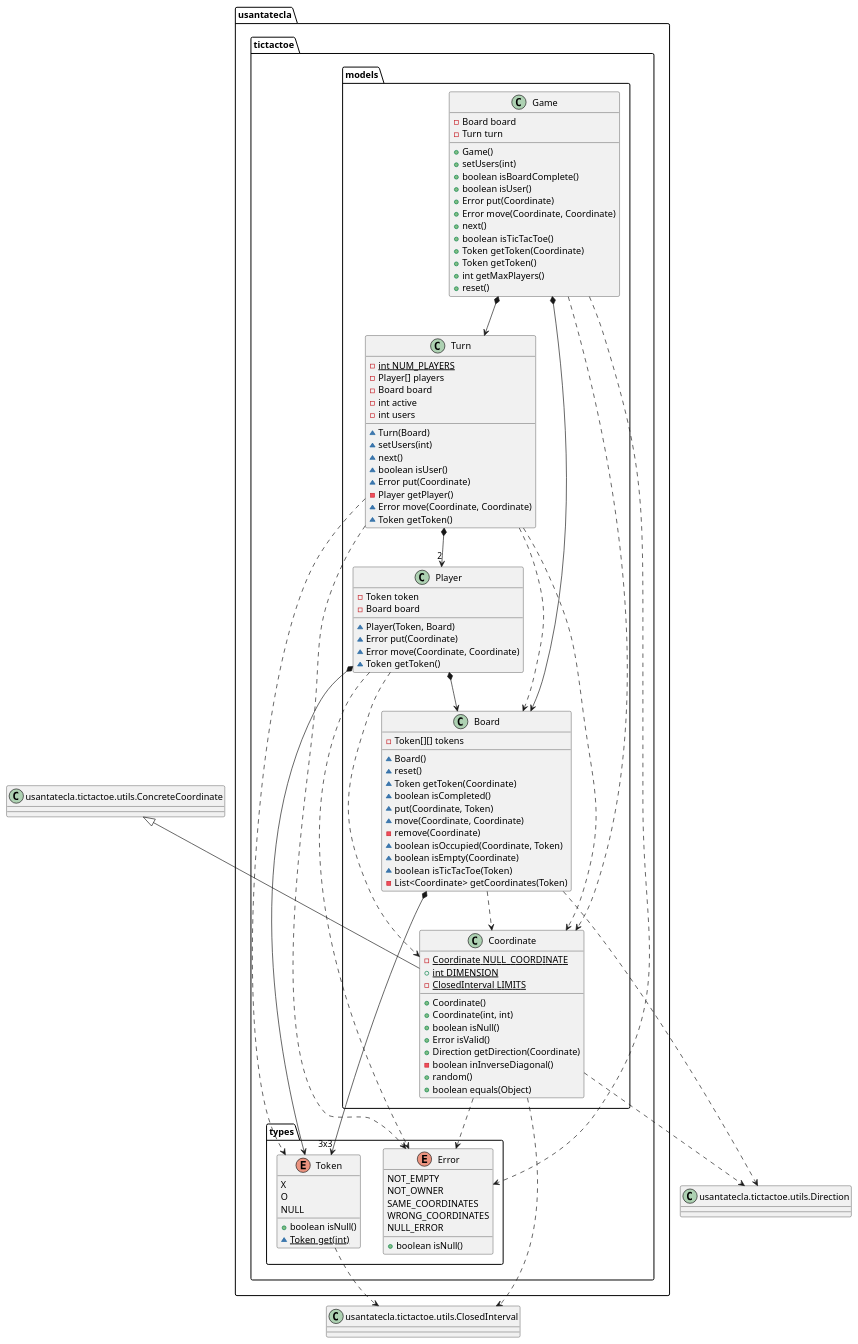
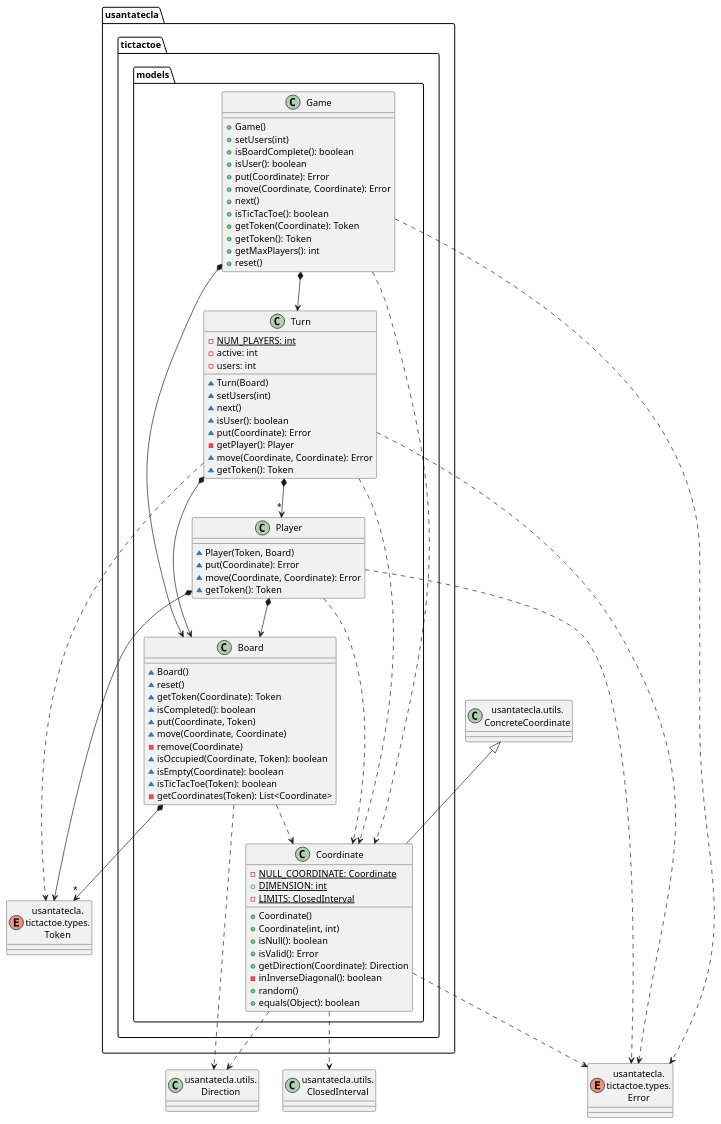
The fifth of 7 diagrams in documentView/withoutFactoryMethod/docs/diagrams/src/paquetes.plantuml (Jolucaa/USantaTecla-project-ticTacToe), drawn with PlantUML before and after one commit. The commit also changed other lines of this file and 111 other files, not shown here.

Commit message:
[dv] Added types package + refactored diagrams

```diff
--- a/documentView/withoutFactoryMethod/docs/diagrams/src/paquetes.plantuml
+++ b/documentView/withoutFactoryMethod/docs/diagrams/src/paquetes.plantuml
@@ -370,117 +333,93 @@
 @startuml tictactoe.models
+enum Error as "usantatecla.\ntictactoe.types.\nError"
+enum Token as "usantatecla.\ntictactoe.types.\nToken"
+class Direction as "usantatecla.utils.\nDirection"
+class ConcreteCoordinate as "usantatecla.utils.\nConcreteCoordinate"
+class ClosedInterval as "usantatecla.utils.\nClosedInterval"
+
 class  usantatecla.tictactoe.models.Board{
-- Token[][] tokens
-~ Board()
-~ reset()
-~ Token getToken(Coordinate)
-~ boolean isCompleted()
-~ put(Coordinate, Token)
-~ move(Coordinate, Coordinate)
-- remove(Coordinate)
-~ boolean isOccupied(Coordinate, Token)
-~ boolean isEmpty(Coordinate)
-~ boolean isTicTacToe(Token)
-- List<Coordinate> getCoordinates(Token)
+  ~ Board()
+  ~ reset()
+  ~ getToken(Coordinate): Token
+  ~ isCompleted(): boolean
+  ~ put(Coordinate, Token)
+  ~ move(Coordinate, Coordinate)
+  - remove(Coordinate)
+  ~ isOccupied(Coordinate, Token): boolean
+  ~ isEmpty(Coordinate): boolean
+  ~ isTicTacToe(Token): boolean
+  - getCoordinates(Token): List<Coordinate>
 }
-
-class ClosedInterval as "usantatecla.tictactoe.utils.ClosedInterval"
-class ConcreteCoordinate as "usantatecla.tictactoe.utils.ConcreteCoordinate"
-class Direction as "usantatecla.tictactoe.utils.Direction"
-
-usantatecla.tictactoe.models.Board ..> usantatecla.tictactoe.models.Coordinate
-usantatecla.tictactoe.models.Board *-down-> "3x3" usantatecla.tictactoe.types.Token
-usantatecla.tictactoe.models.Board ..> Direction
+usantatecla.tictactoe.models.Board *-down-> "*" Token
+usantatecla.tictactoe.models.Board .down.> usantatecla.tictactoe.models.Coordinate
+usantatecla.tictactoe.models.Board .down.> Direction
 
 class  usantatecla.tictactoe.models.Coordinate{
-- {static} Coordinate NULL_COORDINATE
-+ {static} int DIMENSION
-- {static} ClosedInterval LIMITS
-+ Coordinate()
-+ Coordinate(int, int)
-+ boolean isNull()
-+ Error isValid()
-+ Direction getDirection(Coordinate)
-- boolean inInverseDiagonal()
-+ random()
-+ boolean equals(Object)
+  - {static} NULL_COORDINATE: Coordinate
+  + {static} DIMENSION: int
+  - {static} LIMITS: ClosedInterval
+  + Coordinate()
+  + Coordinate(int, int)
+  + isNull(): boolean
+  + isValid(): Error
+  + getDirection(Coordinate): Direction
+  - inInverseDiagonal(): boolean
+  + random()
+  + equals(Object): boolean
 }
 ConcreteCoordinate <|-down- usantatecla.tictactoe.models.Coordinate
-usantatecla.tictactoe.models.Coordinate ..> usantatecla.tictactoe.types.Error
-usantatecla.tictactoe.models.Coordinate ..> Direction
-usantatecla.tictactoe.models.Coordinate ..> ClosedInterval
-
-enum  usantatecla.tictactoe.types.Error{
-NOT_EMPTY
-NOT_OWNER
-SAME_COORDINATES
-WRONG_COORDINATES
-NULL_ERROR
-+ boolean isNull()
-}
+usantatecla.tictactoe.models.Coordinate .down.> Error
+usantatecla.tictactoe.models.Coordinate .down.> Direction
+usantatecla.tictactoe.models.Coordinate .down.> ClosedInterval
 
 class  usantatecla.tictactoe.models.Game{
-- Board board
-- Turn turn
-+ Game()
-+ setUsers(int)
-+ boolean isBoardComplete()
-+ boolean isUser()
-+ Error put(Coordinate)
-+ Error move(Coordinate, Coordinate)
-+ next()
-+ boolean isTicTacToe()
-+ Token getToken(Coordinate)
-+ Token getToken()
-+ int getMaxPlayers()
-+ reset()
+  + Game()
+  + setUsers(int)
+  + isBoardComplete(): boolean
+  + isUser(): boolean
+  + put(Coordinate): Error
+  + move(Coordinate, Coordinate): Error
+  + next()
+  + isTicTacToe(): boolean
+  + getToken(Coordinate): Token
+  + getToken(): Token
+  + getMaxPlayers(): int
+  + reset()
 }
 usantatecla.tictactoe.models.Game *-down-> usantatecla.tictactoe.models.Board
 usantatecla.tictactoe.models.Game *-down-> usantatecla.tictactoe.models.Turn
-usantatecla.tictactoe.models.Game ..> usantatecla.tictactoe.models.Coordinate
-usantatecla.tictactoe.models.Game ..> usantatecla.tictactoe.types.Error
+usantatecla.tictactoe.models.Game .down.> usantatecla.tictactoe.models.Coordinate
+usantatecla.tictactoe.models.Game .down.> Error
 
 class  usantatecla.tictactoe.models.Player{
-- Token token
-- Board board
-~ Player(Token, Board)
-~ Error put(Coordinate)
-~ Error move(Coordinate, Coordinate)
-~ Token getToken()
+  ~ Player(Token, Board)
+  ~ put(Coordinate): Error
+  ~ move(Coordinate, Coordinate): Error
+  ~ getToken(): Token
 }
-usantatecla.tictactoe.models.Player *-down-> usantatecla.tictactoe.types.Token
 usantatecla.tictactoe.models.Player *-down-> usantatecla.tictactoe.models.Board
-usantatecla.tictactoe.models.Player ..> usantatecla.tictactoe.models.Coordinate
-usantatecla.tictactoe.models.Player ..> usantatecla.tictactoe.types.Error
+usantatecla.tictactoe.models.Player *-down-> Token
+usantatecla.tictactoe.models.Player .down.> usantatecla.tictactoe.models.Coordinate
+usantatecla.tictactoe.models.Player .down.> Error
 
-enum  usantatecla.tictactoe.types.Token{
-X
-O
-NULL
-+ boolean isNull()
-~ {static} Token get(int)
+class  usantatecla.tictactoe.models.Turn{
+  - {static} NUM_PLAYERS: int
+  - active: int
+  - users: int
+  ~ Turn(Board)
+  ~ setUsers(int)
+  ~ next()
+  ~ isUser(): boolean
+  ~ put(Coordinate): Error
+  - getPlayer(): Player
+  ~ move(Coordinate, Coordinate): Error
+  ~ getToken(): Token
 }
 
-usantatecla.tictactoe.types.Token ..> ClosedInterval
+usantatecla.tictactoe.models.Turn *-down-> "*" usantatecla.tictactoe.models.Player
+usantatecla.tictactoe.models.Turn *-down-> usantatecla.tictactoe.models.Board
+usantatecla.tictactoe.models.Turn .down.> usantatecla.tictactoe.models.Coordinate
+usantatecla.tictactoe.models.Turn .down.> Token
+usantatecla.tictactoe.models.Turn .down.> Error
 
-class  usantatecla.tictactoe.models.Turn{
-- {static} int NUM_PLAYERS
-- Player[] players
-- Board board
-- int active
-- int users
-~ Turn(Board)
-~ setUsers(int)
-~ next()
-~ boolean isUser()
-~ Error put(Coordinate)
-- Player getPlayer()
-~ Error move(Coordinate, Coordinate)
-~ Token getToken()
-}
-
-usantatecla.tictactoe.models.Turn *-down-> "2" usantatecla.tictactoe.models.Player
-usantatecla.tictactoe.models.Turn ..down-> usantatecla.tictactoe.models.Board
-usantatecla.tictactoe.models.Turn ..down-> usantatecla.tictactoe.types.Token
-usantatecla.tictactoe.models.Turn ..down-> usantatecla.tictactoe.models.Coordinate
-usantatecla.tictactoe.models.Turn ..down-> usantatecla.tictactoe.types.Error
 @enduml
```
